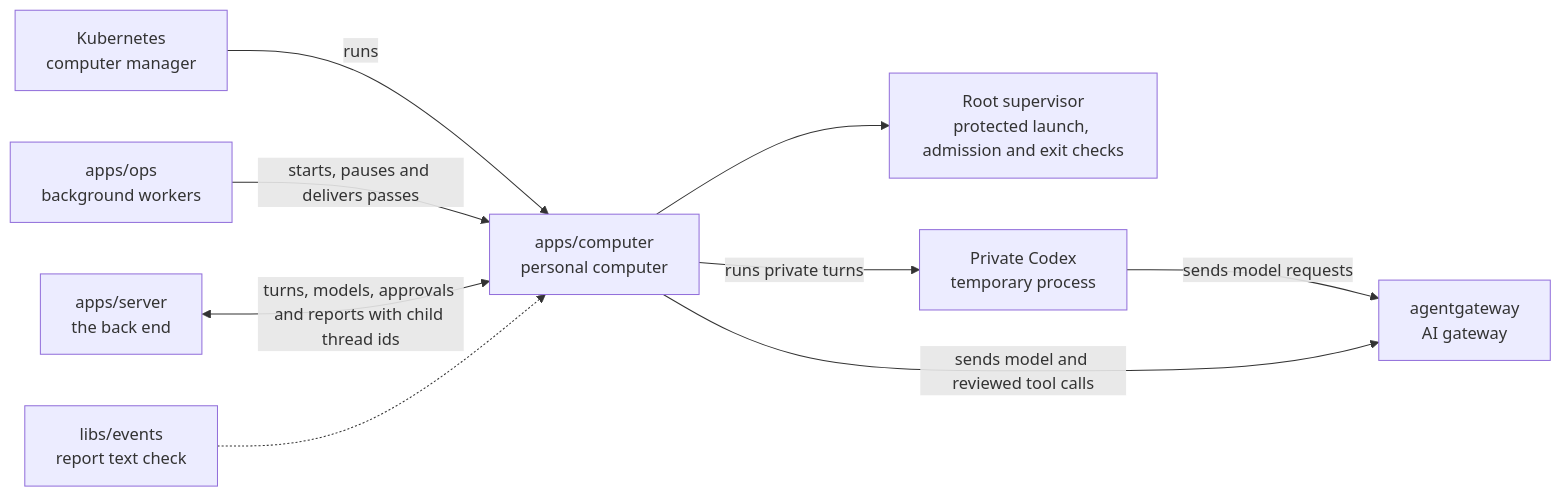
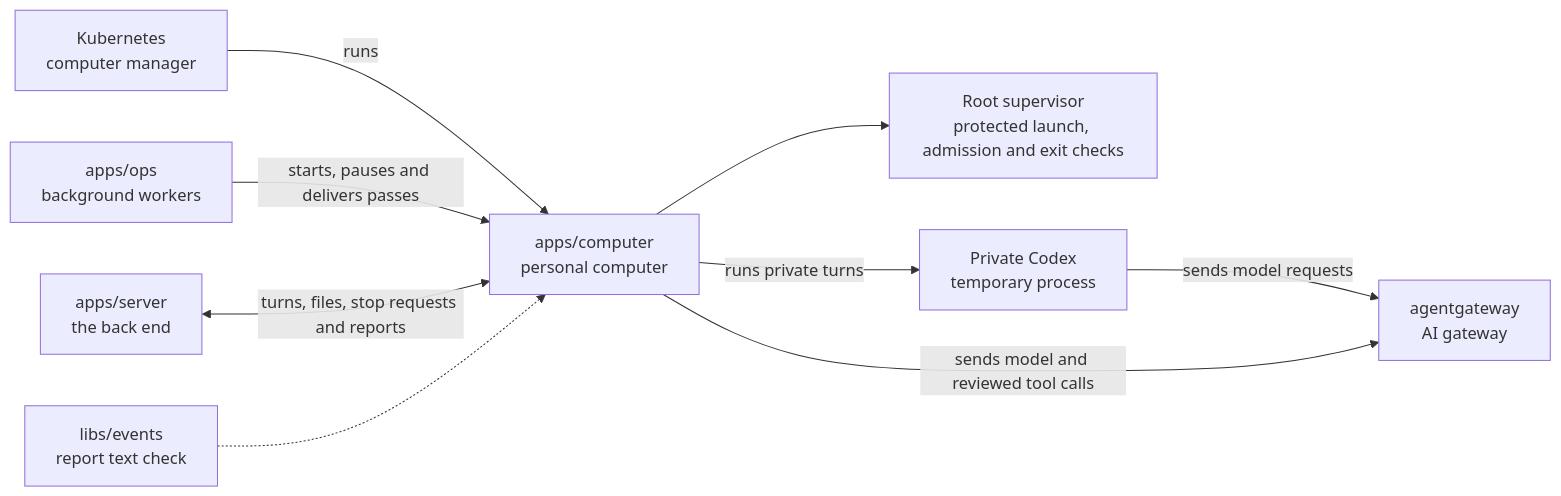
One commit to elewa-git/opencrane-new changed the diagram in apps/computer/README.md. Above: the diagram before and after it, drawn with Mermaid. The commit also changed other lines of this file and 9 other files, not shown here.

````diff
--- a/apps/computer/README.md
+++ b/apps/computer/README.md
@@ -21,11 +21,11 @@
 ```mermaid
 flowchart LR
   kube["Kubernetes<br/>computer manager"] -->|runs| computer["apps/computer<br/>personal computer"]
   ops["apps/ops<br/>background workers"] -->|starts, pauses and delivers passes| computer
-  server["apps/server<br/>the back end"] <-->|turns, models, approvals and reports with child thread ids| computer
+  server["apps/server<br/>the back end"] <-->|turns, files, stop requests and reports| computer
   events["libs/events<br/>report text check"] -.-> computer
   computer --> supervisor["Root supervisor<br/>protected launch, admission and exit checks"]
   computer -->|runs private turns| private["Private Codex<br/>temporary process"]
   private -->|sends model requests| gateway
   computer -->|sends model and reviewed tool calls| gateway["agentgateway<br/>AI gateway"]
 ```
````
